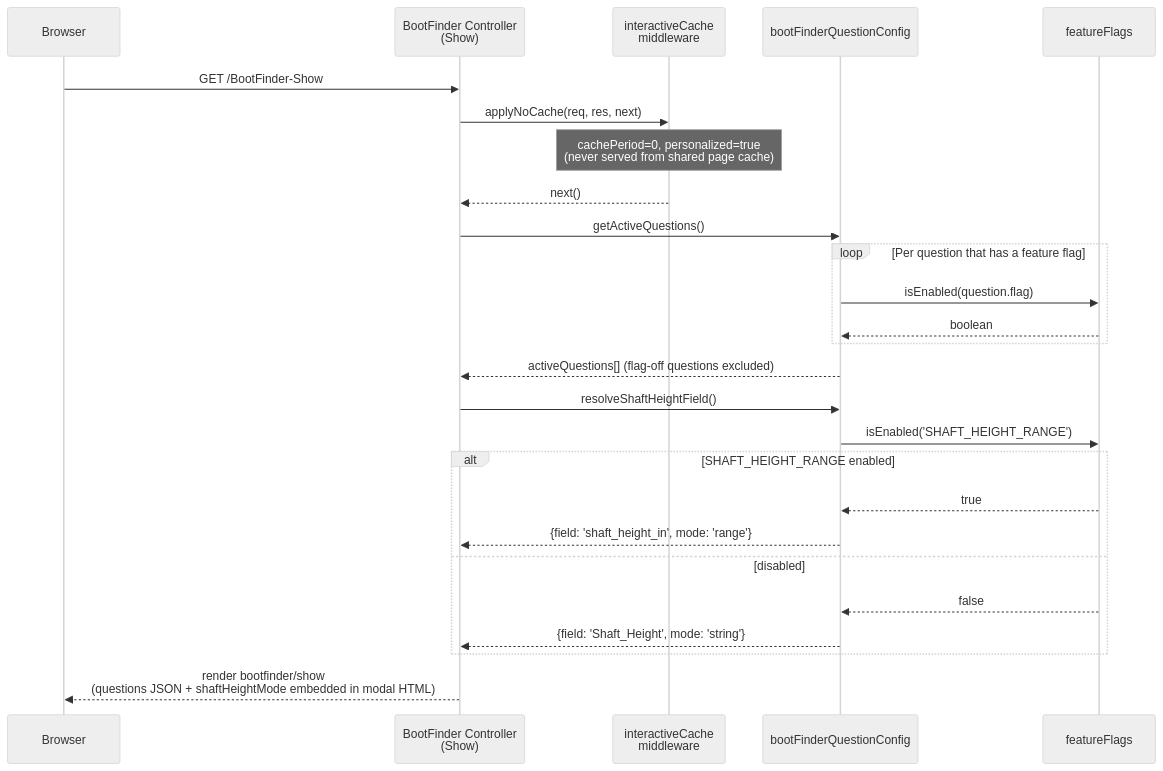
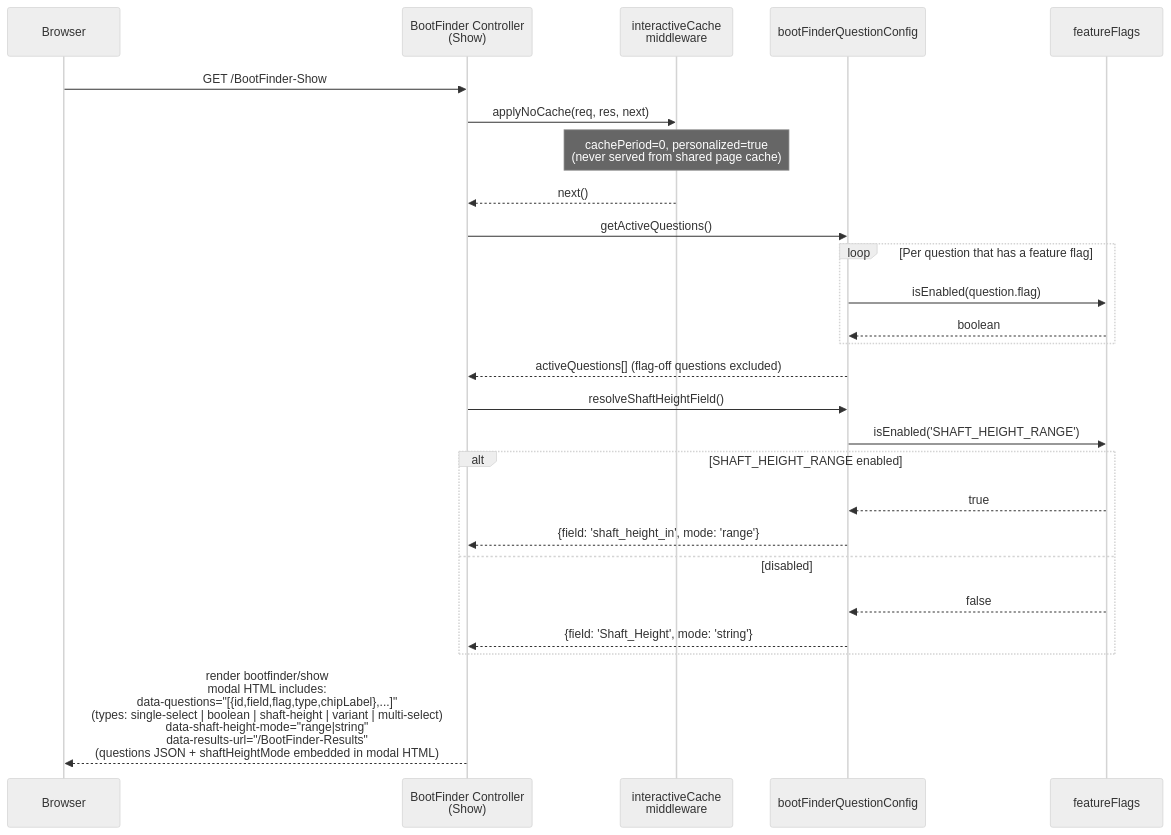
Before and after one commit to Pushparajan/bloomreach-sfra: the third of 14 diagrams in docs/sequence-diagrams.md, drawn with Mermaid (neutral theme). The commit also changed other lines of this file, not shown here.

````diff
--- a/docs/sequence-diagrams.md
+++ b/docs/sequence-diagrams.md
@@ -87,32 +87,32 @@
 ```mermaid
 sequenceDiagram
     participant Browser
     participant BootFinderCtrl as BootFinder Controller<br/>(Show)
     participant interactiveCache as interactiveCache<br/>middleware
     participant questionConfig as bootFinderQuestionConfig
     participant featureFlags as featureFlags
 
     Browser->>BootFinderCtrl: GET /BootFinder-Show
     BootFinderCtrl->>interactiveCache: applyNoCache(req, res, next)
     Note over interactiveCache: cachePeriod=0, personalized=true<br/>(never served from shared page cache)
     interactiveCache-->>BootFinderCtrl: next()
 
     BootFinderCtrl->>questionConfig: getActiveQuestions()
     loop Per question that has a feature flag
         questionConfig->>featureFlags: isEnabled(question.flag)
         featureFlags-->>questionConfig: boolean
     end
     questionConfig-->>BootFinderCtrl: activeQuestions[] (flag-off questions excluded)
 
     BootFinderCtrl->>questionConfig: resolveShaftHeightField()
     questionConfig->>featureFlags: isEnabled('SHAFT_HEIGHT_RANGE')
     alt SHAFT_HEIGHT_RANGE enabled
         featureFlags-->>questionConfig: true
         questionConfig-->>BootFinderCtrl: {field: 'shaft_height_in', mode: 'range'}
     else disabled
         featureFlags-->>questionConfig: false
         questionConfig-->>BootFinderCtrl: {field: 'Shaft_Height', mode: 'string'}
     end
 
-    BootFinderCtrl-->>Browser: render bootfinder/show<br/>(questions JSON + shaftHeightMode embedded in modal HTML)
+    BootFinderCtrl-->>Browser: render bootfinder/show<br/>modal HTML includes:<br/>  data-questions="[{id,field,flag,type,chipLabel},...]"<br/>  (types: single-select | boolean | shaft-height | variant | multi-select)<br/>  data-shaft-height-mode="range|string"<br/>  data-results-url="/BootFinder-Results"<br/>(questions JSON + shaftHeightMode embedded in modal HTML)
 ```
````
